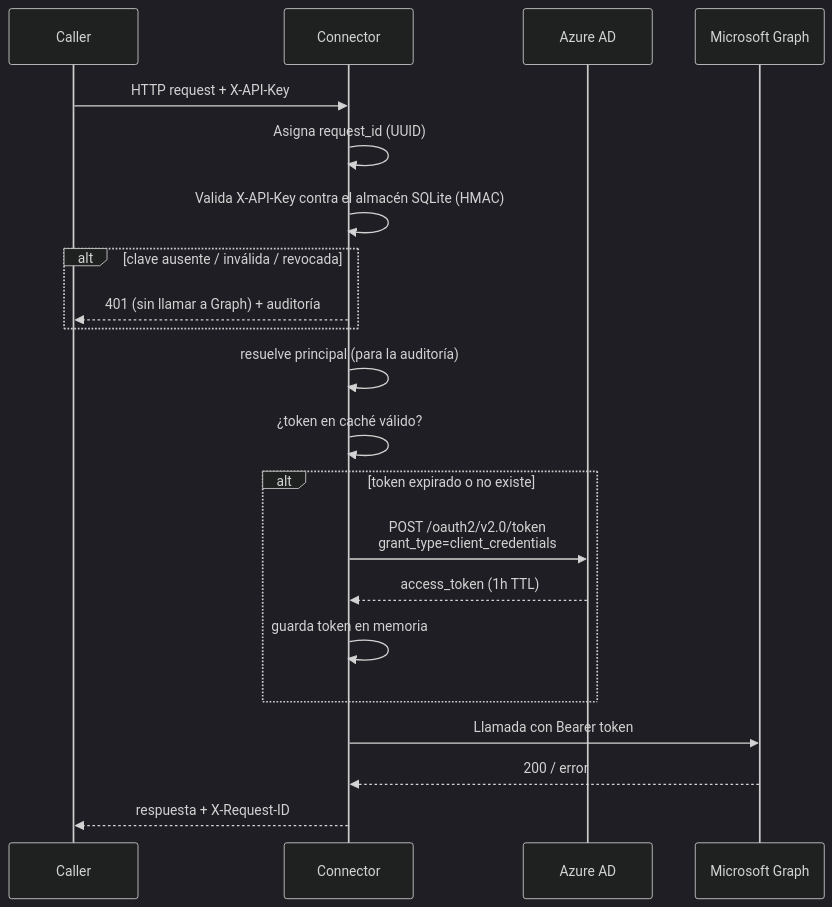
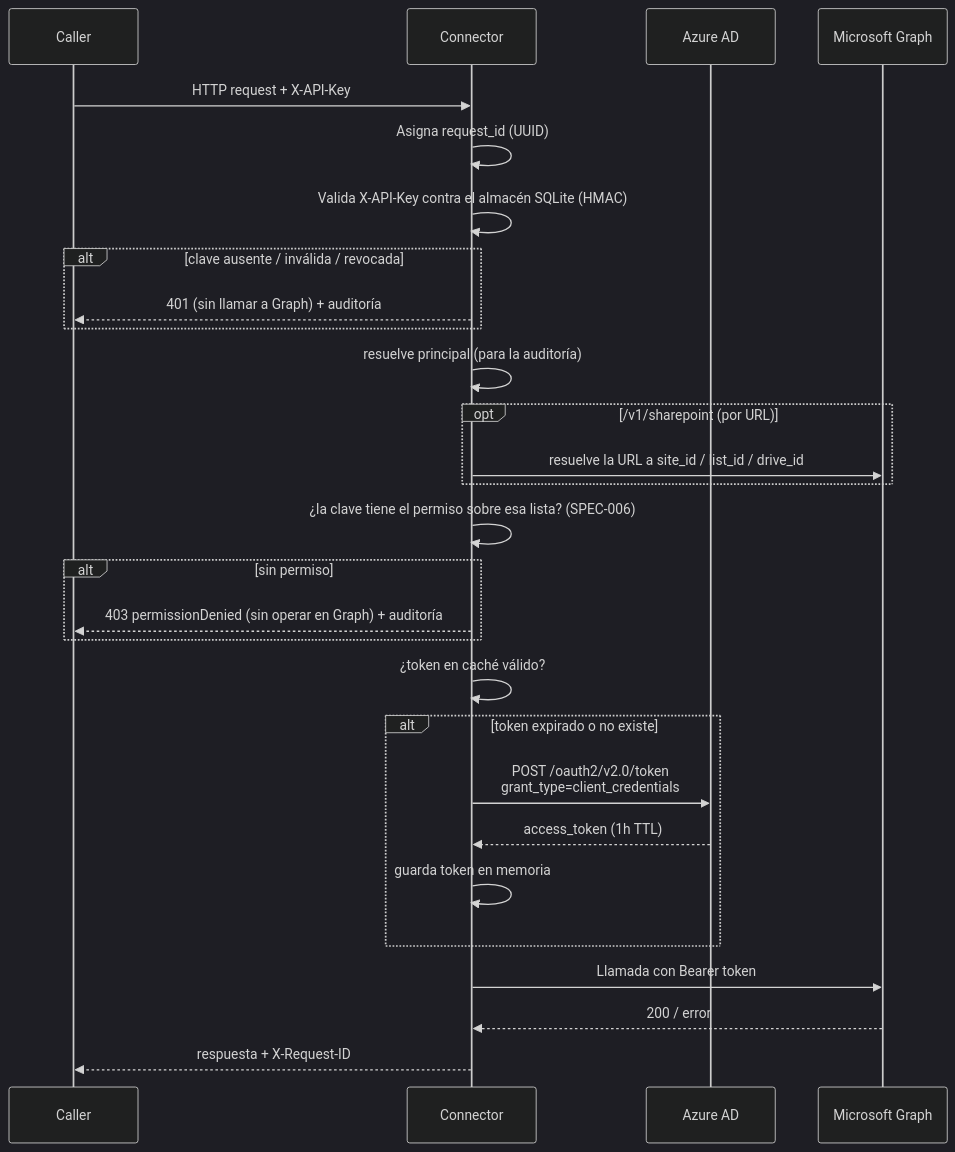
Before and after one commit to juclopezal/SharepointConnector: the fourth of 4 diagrams in ARQUITECTURA.md, drawn with Mermaid (dark theme). The commit also changed other lines of this file and 35 other files, not shown here.

````diff
--- a/ARQUITECTURA.md
+++ b/ARQUITECTURA.md
@@ -621,24 +622,31 @@
 ```mermaid
 sequenceDiagram
     participant Caller
     participant Connector
     participant AAD as Azure AD
     participant Graph as Microsoft Graph
 
     Caller->>Connector: HTTP request + X-API-Key
     Connector->>Connector: Asigna request_id (UUID)
     Connector->>Connector: Valida X-API-Key contra el almacén SQLite (HMAC)
     alt clave ausente / inválida / revocada
         Connector-->>Caller: 401 (sin llamar a Graph) + auditoría
     end
     Connector->>Connector: resuelve principal (para la auditoría)
+    opt /v1/sharepoint (por URL)
+        Connector->>Graph: resuelve la URL a site_id / list_id / drive_id
+    end
+    Connector->>Connector: ¿la clave tiene el permiso sobre esa lista? (SPEC-006)
+    alt sin permiso
+        Connector-->>Caller: 403 permissionDenied (sin operar en Graph) + auditoría
+    end
     Connector->>Connector: ¿token en caché válido?
     alt token expirado o no existe
         Connector->>AAD: POST /oauth2/v2.0/token<br/>grant_type=client_credentials
         AAD-->>Connector: access_token (1h TTL)
         Connector->>Connector: guarda token en memoria
     end
     Connector->>Graph: Llamada con Bearer token
     Graph-->>Connector: 200 / error
     Connector-->>Caller: respuesta + X-Request-ID
 ```
````
